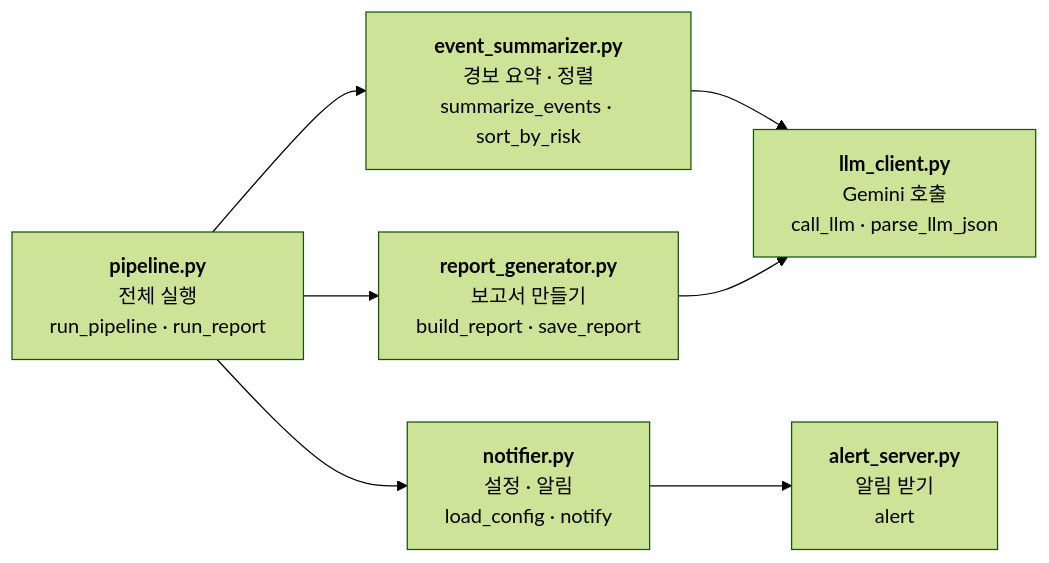
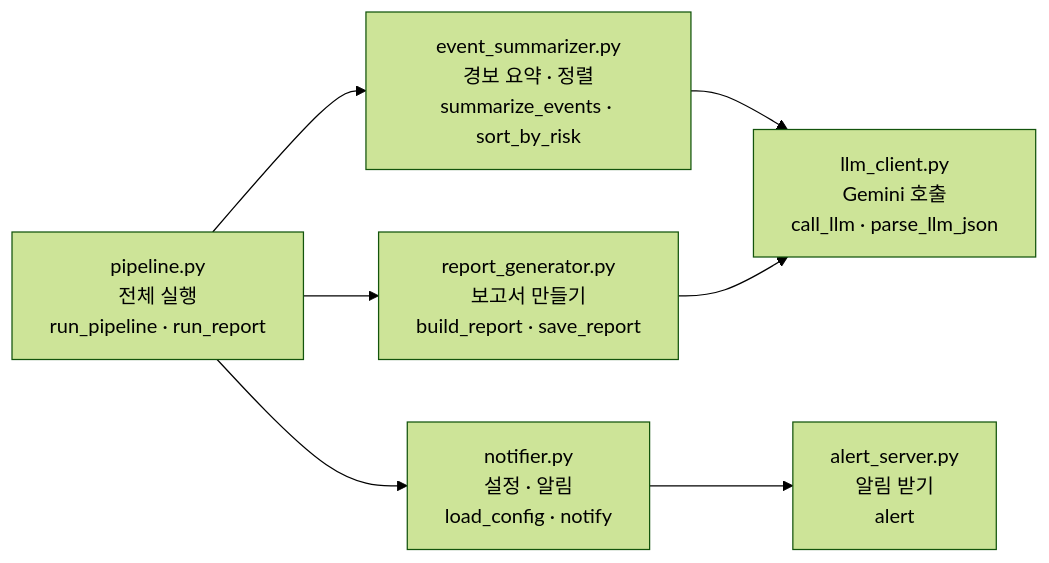
One commit to ddonni/security-agent-toolkit changed the diagram in README.md. Above: the diagram before and after it, drawn with Mermaid (forest theme).

Commit message:
README 흐름도에서 b 태그 제거
Claude-Session: https://claude.ai/code/session_019XxHTYpjmMBMYqfYY2NLR9

````diff
--- a/README.md
+++ b/README.md
@@ -8,13 +8,13 @@
 ```mermaid
 flowchart LR
-  P["<b>pipeline.py</b><br/>전체 실행<br/>run_pipeline · run_report"]
-  S["<b>event_summarizer.py</b><br/>경보 요약 · 정렬<br/>summarize_events · sort_by_risk"]
-  R["<b>report_generator.py</b><br/>보고서 만들기<br/>build_report · save_report"]
-  L["<b>llm_client.py</b><br/>Gemini 호출<br/>call_llm · parse_llm_json"]
-  N["<b>notifier.py</b><br/>설정 · 알림<br/>load_config · notify"]
-  A["<b>alert_server.py</b><br/>알림 받기<br/>alert"]
+  P["pipeline.py<br/>전체 실행<br/>run_pipeline · run_report"]
+  S["event_summarizer.py<br/>경보 요약 · 정렬<br/>summarize_events · sort_by_risk"]
+  R["report_generator.py<br/>보고서 만들기<br/>build_report · save_report"]
+  L["llm_client.py<br/>Gemini 호출<br/>call_llm · parse_llm_json"]
+  N["notifier.py<br/>설정 · 알림<br/>load_config · notify"]
+  A["alert_server.py<br/>알림 받기<br/>alert"]
 
   P --> S --> L
   P --> R --> L
   P --> N --> A
 ```
````
